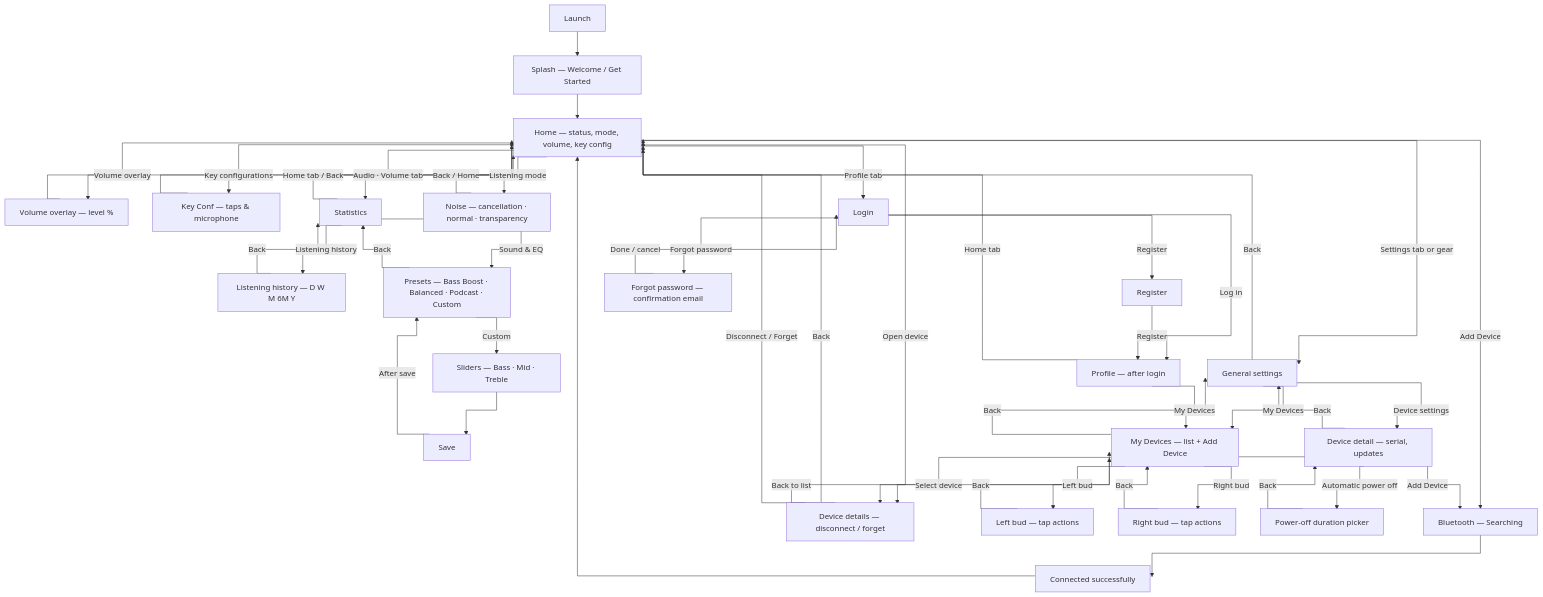
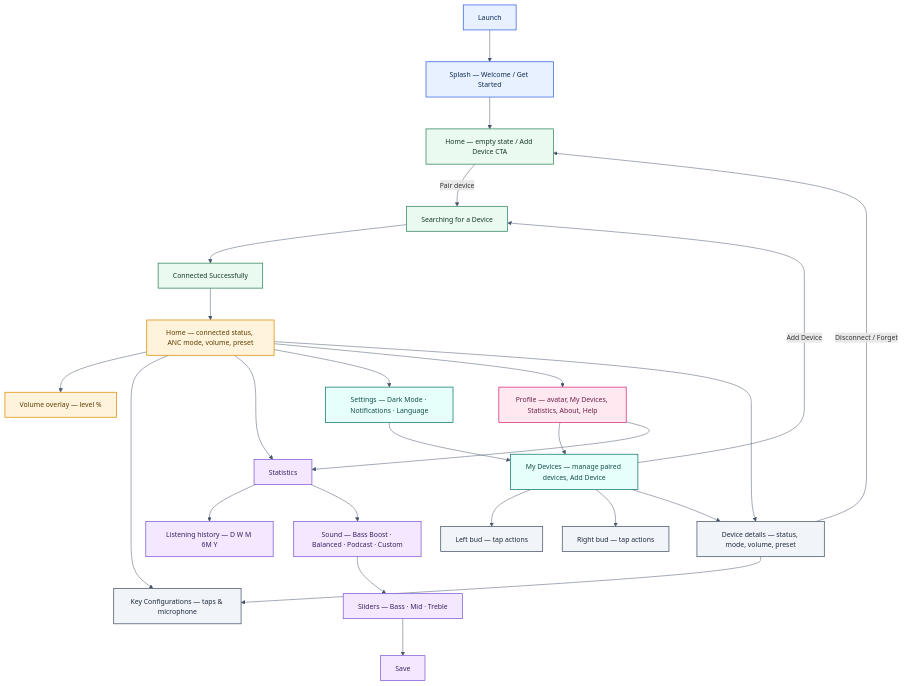
The diagram in docs/page-flows.md (yasinsez/ID-Ceng-Project), drawn with Mermaid before and after one commit. The commit also changed other lines of this file and 4 other files, not shown here.

First line of the commit message:
Revise page flows and enhance documentation for Bluetooth earphone app

````diff
--- a/docs/page-flows.md
+++ b/docs/page-flows.md
@@ -20,58 +20,49 @@
 ```mermaid
-%%{init: {"flowchart": {"curve": "stepAfter"}}}%%
+%%{init: {"flowchart": {"curve": "basis", "nodeSpacing": 40, "rankSpacing": 65}, "themeVariables": {"lineColor": "#475569", "fontSize": "14px"}}}%%
 flowchart TD
+    classDef start fill:#e8f1ff,stroke:#3563e9,color:#102a56,stroke-width:1.5px;
+    classDef pairing fill:#eafaf1,stroke:#2f855a,color:#163826,stroke-width:1.5px;
+    classDef home fill:#fff4db,stroke:#dd8a00,color:#5c3b00,stroke-width:1.5px;
+    classDef sound fill:#f3e8ff,stroke:#805ad5,color:#3b1f63,stroke-width:1.5px;
+    classDef settings fill:#e6fffb,stroke:#0f766e,color:#134e4a,stroke-width:1.5px;
+    classDef profile fill:#ffe8ef,stroke:#db2777,color:#6b2149,stroke-width:1.5px;
+    classDef device fill:#f1f5f9,stroke:#475569,color:#1e293b,stroke-width:1.5px;
+
     A[Launch] --> SPL[Splash — Welcome / Get Started]
-    SPL --> HOME[Home — status, mode, volume, key config]
+    SPL --> HE[Home — empty state / Add Device CTA]
+    HE -->|Pair device| SRCH[Searching for a Device]
+    SRCH --> OK[Connected Successfully]
+    OK --> HC[Home — connected status, ANC mode, volume, preset]
 
-    HOME -->|Add Device| BT[Bluetooth — Searching]
-    BT --> OK[Connected successfully]
-    OK --> HOME
+    HC --> VOV[Volume overlay — level %]
+    HC --> KC[Key Configurations — taps & microphone]
+    HC --> STAT[Statistics]
+    HC --> F[Settings — Dark Mode · Notifications · Language]
+    HC --> P[Profile — avatar, My Devices, Statistics, About, Help]
+    HC --> DD[Device details — status, mode, volume, preset]
 
-    HOME -->|Volume overlay| VOV[Volume overlay — level %]
-    VOV --> HOME
+    STAT --> LH[Listening history — D W M 6M Y]
+    STAT --> SP[Sound — Bass Boost · Balanced · Podcast · Custom]
+    SP --> SL[Sliders — Bass · Mid · Treble]
+    SL --> SV[Save]
 
-    HOME -->|Key configurations| KC[Key Conf — taps & microphone]
-    KC --> HOME
+    F --> MD[My Devices — manage paired devices, Add Device]
+    P --> MD
+    P --> STAT
 
-    HOME -->|Audio · Volume tab| STAT[Statistics]
-    STAT -->|Listening history| LH[Listening history — D W M 6M Y]
-    LH -->|Back| STAT
-    STAT -->|Sound & EQ| SP[Presets — Bass Boost · Balanced · Podcast · Custom]
-    SP -->|Custom| SL[Sliders — Bass · Mid · Treble]
-    SL --> SV[Save]
-    SV -->|After save| SP
-    SP -->|Back| STAT
-    STAT -->|Home tab / Back| HOME
+    MD -->|Add Device| SRCH
+    MD --> LB[Left bud — tap actions]
+    MD --> RB[Right bud — tap actions]
+    MD --> DD
 
-    HOME -->|Listening mode| NZ[Noise — cancellation · normal · transparency]
-    NZ -->|Back / Home| HOME
+    DD --> KC
+    DD -->|Disconnect / Forget| HE
 
-    HOME -->|Settings tab or gear| F[General settings]
-    F -->|My Devices| MD[My Devices — list + Add Device]
-    MD -->|Add Device| BT
-    MD -->|Select device| DD[Device details — disconnect / forget]
-    MD -->|Left bud| LB[Left bud — tap actions]
-    MD -->|Right bud| RB[Right bud — tap actions]
-    LB -->|Back| MD
-    RB -->|Back| MD
-    MD -->|Back| F
-    F -->|Device settings| G[Device detail — serial, updates]
-    G -->|Automatic power off| H[Power-off duration picker]
-    H -->|Back| G
-    G -->|Back| F
-    F -->|Back| HOME
-
-    HOME -->|Profile tab| P[Login]
-    P -->|Register| R[Register]
-    P -->|Forgot password| FP[Forgot password — confirmation email]
-    P -->|Log in| PL[Profile — after login]
-    R -->|Register| PL
-    FP -->|Done / cancel| P
-    PL -->|Home tab| HOME
-
-    PL -->|My Devices| MD
-    HOME -->|Open device| DD
-    DD -->|Back| HOME
-    DD -->|Back to list| MD
-    DD -->|Disconnect / Forget| HOME
+    class A,SPL start
+    class HE,SRCH,OK pairing
+    class HC,VOV home
+    class STAT,LH,SP,SL,SV sound
+    class F,MD settings
+    class P profile
+    class DD,KC,LB,RB device
 ```
````
